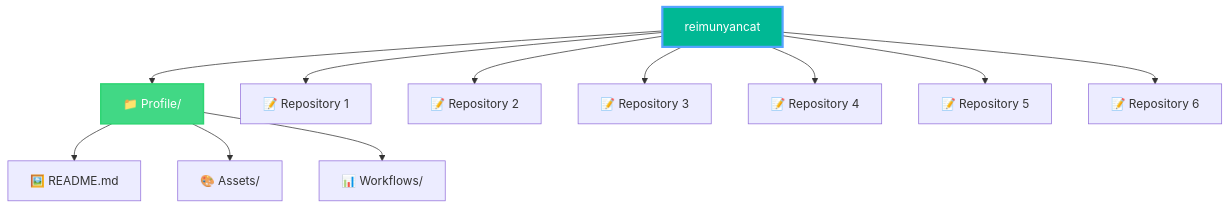
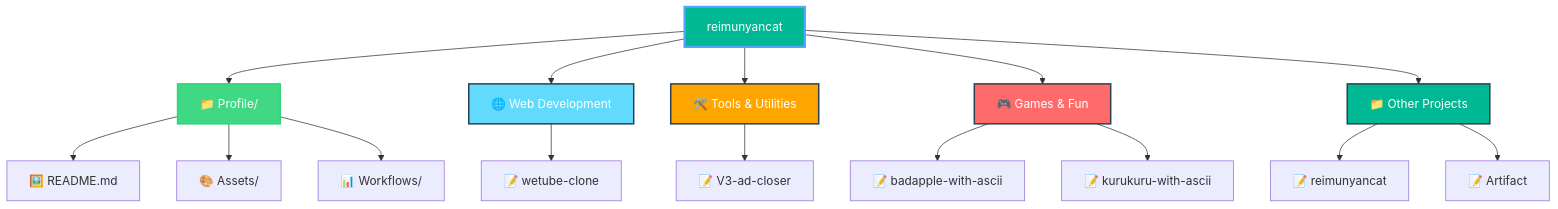
One commit to reimunyancat/reimunyancat changed the diagram in README.md. Above: the diagram before and after it, drawn with Mermaid. The commit also changed other lines of this file and 1 other file, not shown here.

Commit message:
🤖 Add automatic repository structure classification

````diff
--- a/README.md
+++ b/README.md
@@ -181,16 +219,28 @@
 ```mermaid
 graph TD
   A[reimunyancat] --> B[📁 Profile/]
   B --> C[🖼️ README.md]
   B --> D[🎨 Assets/]
   B --> E[📊 Workflows/]
 
-  A --> REPO0[📝 Repository 1]
-  A --> REPO1[📝 Repository 2]
-  A --> REPO2[📝 Repository 3]
-  A --> REPO3[📝 Repository 4]
-  A --> REPO4[📝 Repository 5]
-  A --> REPO5[📝 Repository 6]
+  A --> CAT0[🌐 Web Development]
+  CAT0 --> CAT0_0[📝 wetube-clone]
+
+  A --> CAT1[🛠️ Tools & Utilities]
+  CAT1 --> CAT1_0[📝 V3-ad-closer]
+
+  A --> CAT2[🎮 Games & Fun]
+  CAT2 --> CAT2_0[📝 badapple-with-ascii]
+  CAT2 --> CAT2_1[📝 kurukuru-with-ascii]
+
+  A --> CAT3[📁 Other Projects]
+  CAT3 --> CAT3_0[📝 reimunyancat]
+  CAT3 --> CAT3_1[📝 Artifact]
+
   style A fill:#00b894,stroke:#55a3ff,stroke-width:3px,color:#fff
   style B fill:#41d885,stroke:#2ed573,stroke-width:2px,color:#fff
+  style CAT0 fill:#61dafb,stroke:#2c3e50,stroke-width:2px,color:#fff
+  style CAT1 fill:#ffa500,stroke:#2c3e50,stroke-width:2px,color:#fff
+  style CAT2 fill:#ff6b6b,stroke:#2c3e50,stroke-width:2px,color:#fff
+  style CAT3 fill:#00b894,stroke:#2c3e50,stroke-width:2px,color:#fff
 ```
````
